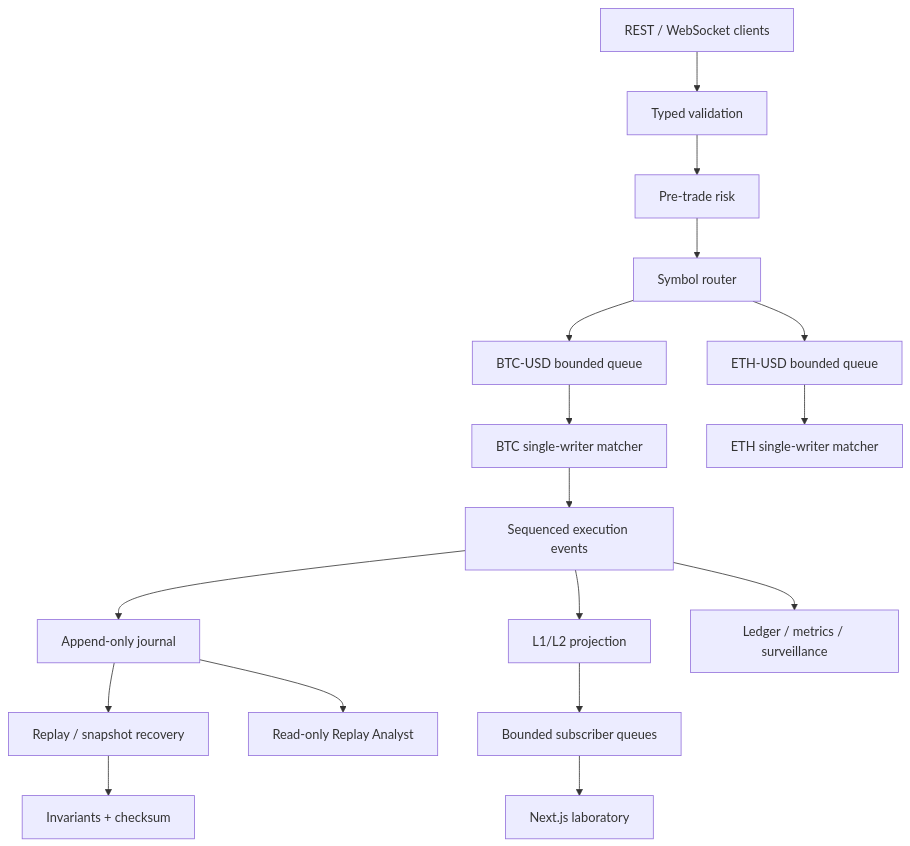
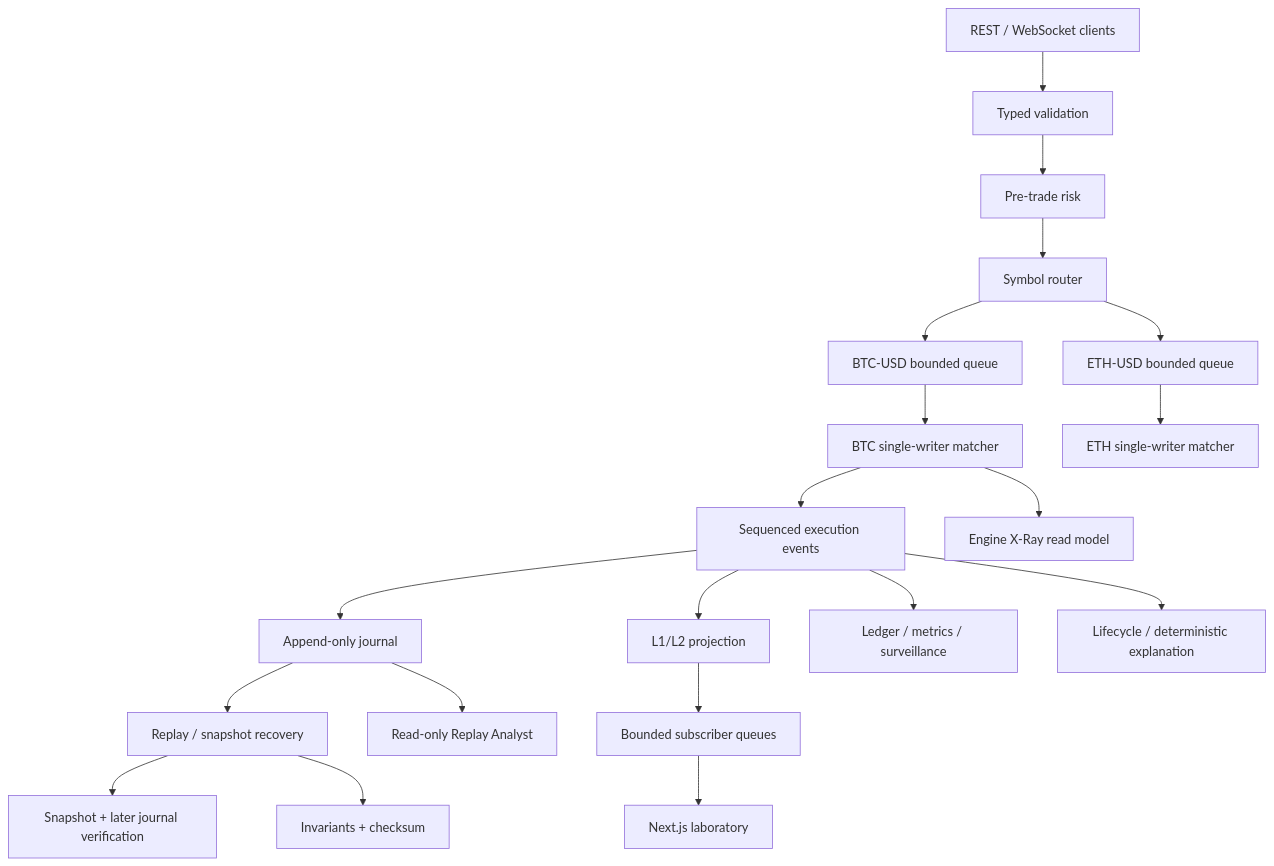
One commit to dumpydon/limitx changed the diagram in docs/architecture.md. Above: the diagram before and after it, drawn with Mermaid. The commit also changed other lines of this file and 65 other files, not shown here.

````diff
--- a/docs/architecture.md
+++ b/docs/architecture.md
@@ -6,19 +6,22 @@
 ```mermaid
 flowchart TD
     Client[REST / WebSocket clients] --> Gateway[Typed validation]
     Gateway --> Risk[Pre-trade risk]
     Risk --> Router[Symbol router]
     Router --> QB[BTC-USD bounded queue]
     Router --> QE[ETH-USD bounded queue]
     QB --> MB[BTC single-writer matcher]
     QE --> ME[ETH single-writer matcher]
     MB --> Events[Sequenced execution events]
     Events --> Journal[Append-only journal]
     Events --> Projection[L1/L2 projection]
     Events --> Analytics[Ledger / metrics / surveillance]
+    Events --> Explain[Lifecycle / deterministic explanation]
+    MB --> XRay[Engine X-Ray read model]
     Projection --> Broker[Bounded subscriber queues]
     Broker --> UI[Next.js laboratory]
     Journal --> Replay[Replay / snapshot recovery]
+    Replay --> Recovery[Snapshot + later journal verification]
     Replay --> Audit[Invariants + checksum]
     Journal --> Analyst[Read-only Replay Analyst]
 ```
````
